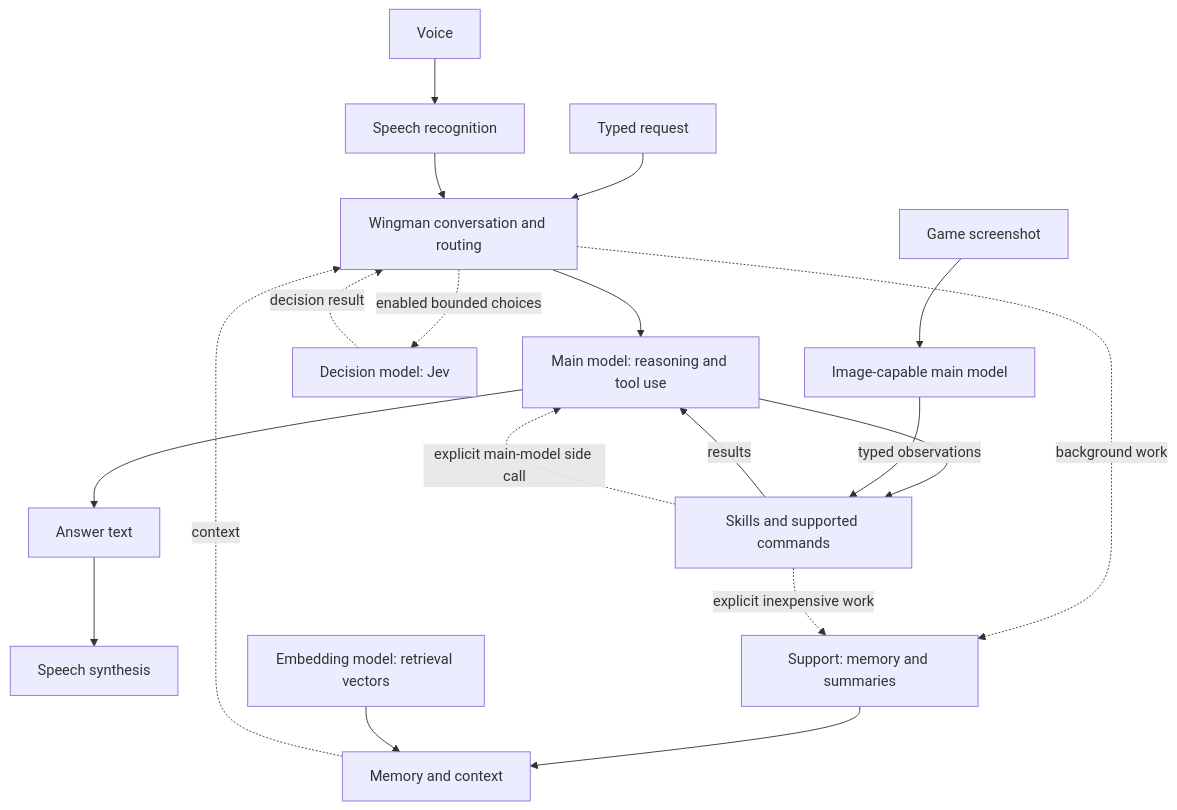
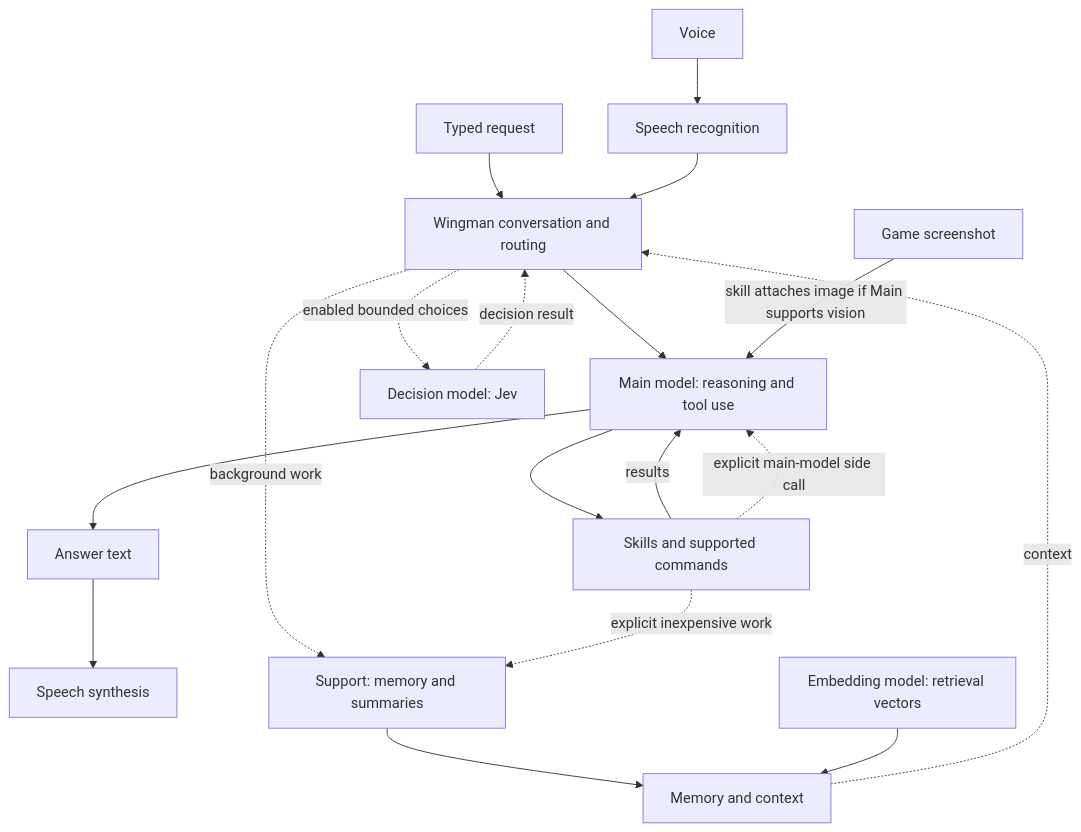
One commit to Fowlplaychiken/SC-Wingman-API-Waterfall changed the diagram in docs/diagrams/WINGMAN-MODEL-ROLES.mmd. Above: the diagram before and after it, drawn with Mermaid. The commit also changed 7 other files, not shown here.

Commit message:
Clarify optional main vision and role-specific baseline comparisons

```diff
--- a/docs/diagrams/WINGMAN-MODEL-ROLES.mmd
+++ b/docs/diagrams/WINGMAN-MODEL-ROLES.mmd
@@ -1,19 +1,18 @@
 flowchart TD
   voice[Voice] --> stt[Speech recognition]
   text[Typed request] --> core[Wingman conversation and routing]
   stt --> core
   core --> main[Main model: reasoning and tool use]
   main --> tools[Skills and supported commands]
   tools -->|results| main
   main --> reply[Answer text]
   reply --> tts[Speech synthesis]
   core -. background work .-> support[Support: memory and summaries]
   tools -. explicit inexpensive work .-> support
   tools -. explicit main-model side call .-> main
   core -. enabled bounded choices .-> jev[Decision model: Jev]
   jev -. decision result .-> core
   support --> memory[Memory and context]
   embedding[Embedding model: retrieval vectors] --> memory
   memory -. context .-> core
-  screen[Game screenshot] --> vision[Image-capable main model]
-  vision -->|typed observations| tools
+  screen[Game screenshot] -->|skill attaches image if Main supports vision| main
```
